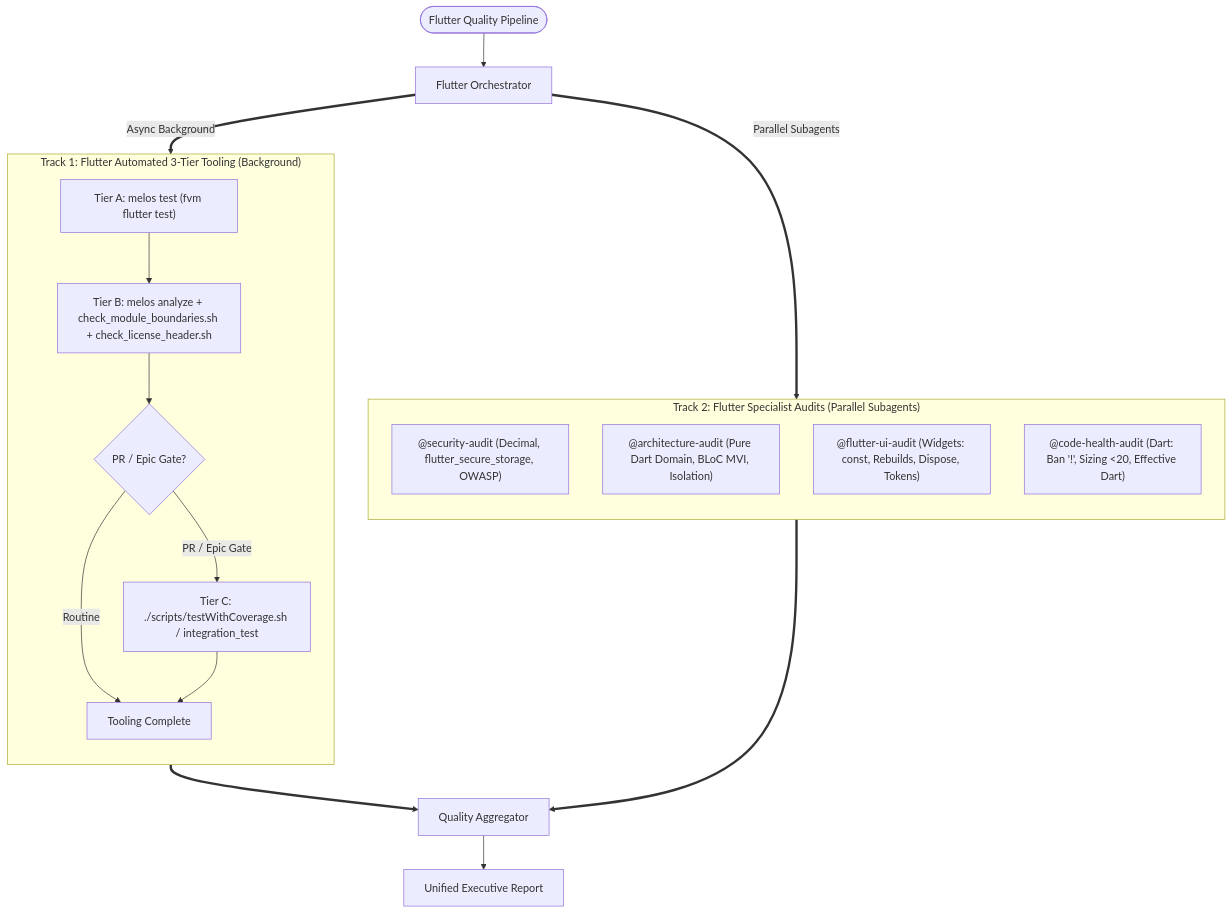
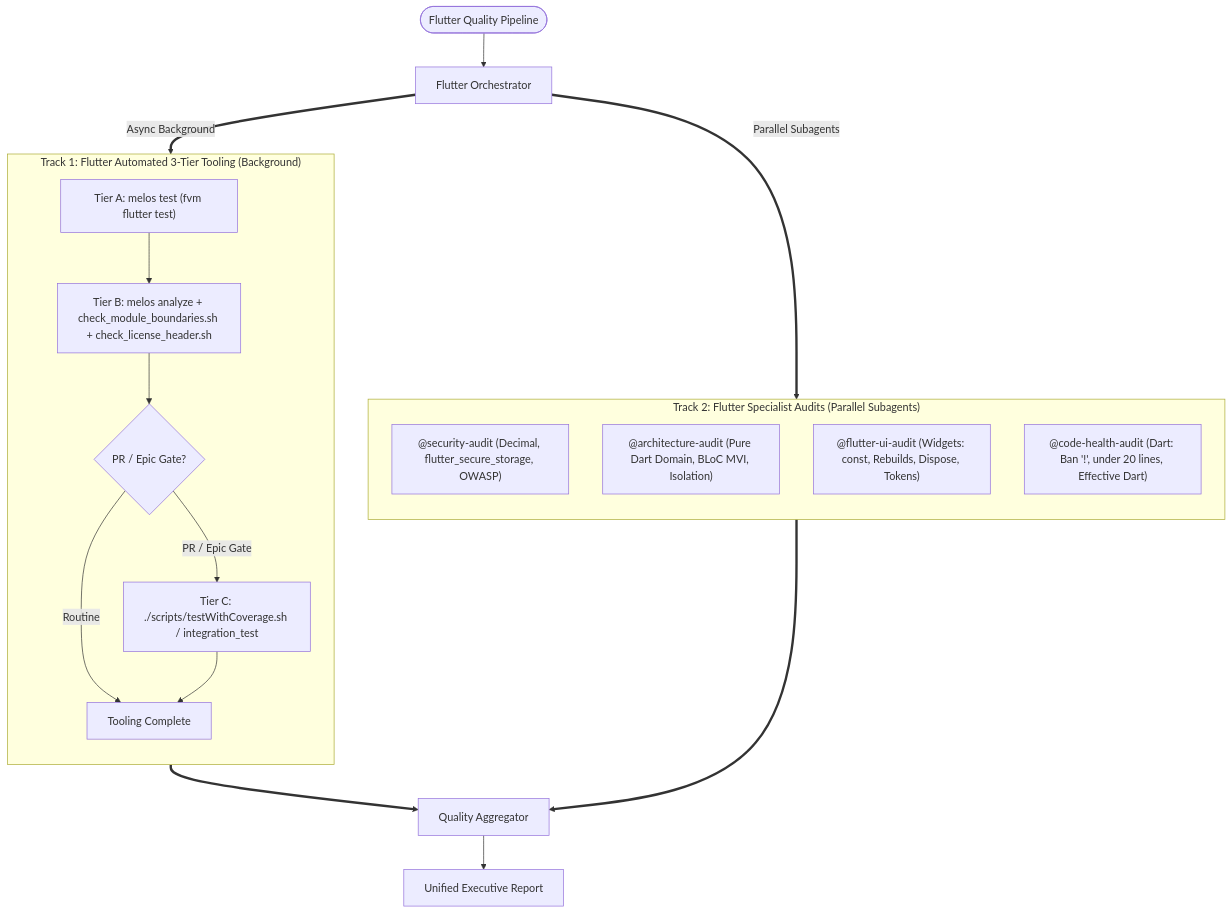
Before and after one commit to DanhDue/ai-agent-tools: the second of 5 diagrams in skills/quality_check/SKILL.md, drawn with Mermaid. The commit also changed other lines of this file, not shown here.

First line of the commit message:
[QUALITY_CHECK] Fix Mermaid flowchart syntax errors and edge label formatting

````diff
--- a/skills/quality_check/SKILL.md
+++ b/skills/quality_check/SKILL.md
@@ -140,32 +142,34 @@
 ```mermaid
 flowchart TD
     F_START(["Flutter Quality Pipeline"]) --> F_DISPATCH["Flutter Orchestrator"]
 
     subgraph F_T1["Track 1: Flutter Automated 3-Tier Tooling (Background)"]
         direction TB
         F1["Tier A: melos test (fvm flutter test)"]
         F2["Tier B: melos analyze + check_module_boundaries.sh + check_license_header.sh"]
         F3{"PR / Epic Gate?"}
         F4["Tier C: ./scripts/testWithCoverage.sh / integration_test"]
         F_DONE["Tooling Complete"]
 
-        F1 --> F2 --> F3
+        F1 --> F2
+        F2 --> F3
         F3 -->|Routine| F_DONE
-        F3 -->|PR / Epic Gate| F4 --> F_DONE
+        F3 -->|"PR / Epic Gate"| F4
+        F4 --> F_DONE
     end
 
     subgraph F_T2["Track 2: Flutter Specialist Audits (Parallel Subagents)"]
         direction TB
         FA1["@security-audit (Decimal, flutter_secure_storage, OWASP)"]
         FA2["@architecture-audit (Pure Dart Domain, BLoC MVI, Isolation)"]
         FA3["@flutter-ui-audit (Widgets: const, Rebuilds, Dispose, Tokens)"]
-        FA4["@code-health-audit (Dart: Ban '!', Sizing &lt;20, Effective Dart)"]
+        FA4["@code-health-audit (Dart: Ban '!', under 20 lines, Effective Dart)"]
     end
 
     F_DISPATCH ==>|Async Background| F_T1
     F_DISPATCH ==>|Parallel Subagents| F_T2
 
     F_T1 ==> F_MERGE["Quality Aggregator"]
     F_T2 ==> F_MERGE
     F_MERGE --> F_REP["Unified Executive Report"]
 ```
````
